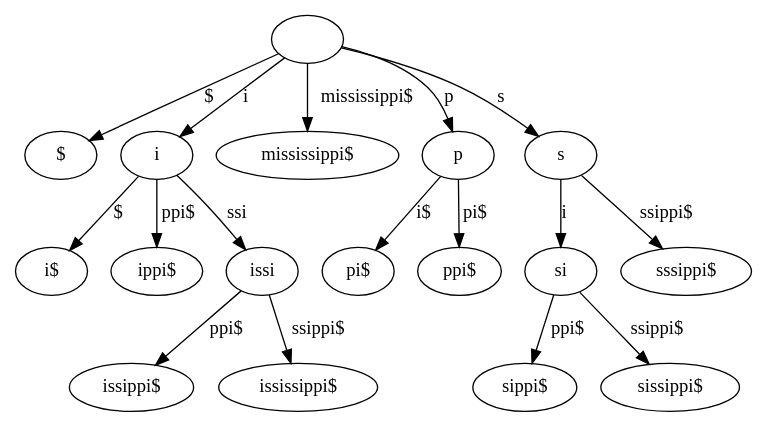
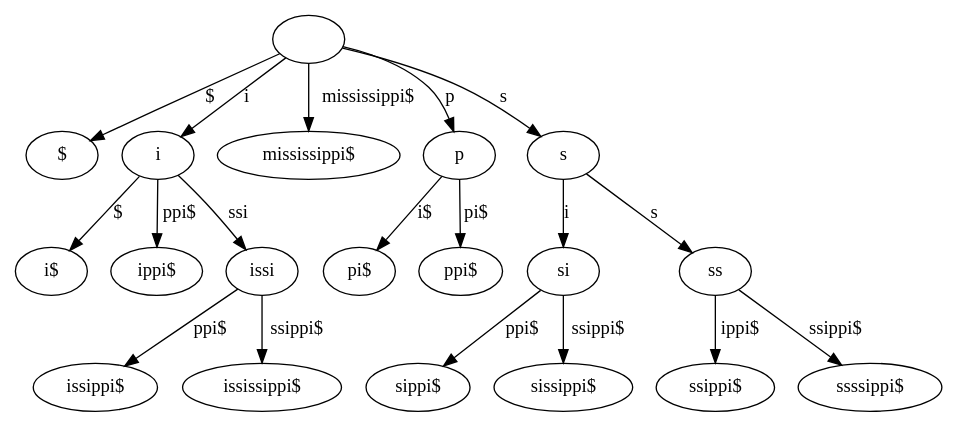
Before and after one commit to cmkobel/GSA: the diagram in 3_lcp_suffix_tree/test-output/iter/11 ssissippi$.gv, drawn with Graphviz. The commit also changed 15 other files, not shown here.

```diff
--- a/3_lcp_suffix_tree/test-output/iter/11 ssissippi$.gv
+++ b/3_lcp_suffix_tree/test-output/iter/11 ssissippi$.gv
@@ -1,36 +1,40 @@
 // Suffix tree
 digraph {
 	"|" [label=""]
 	"$|$" [label="$"]
 	"|" -> "$|$" [label="$"]
 	"i|i" [label=i]
 	"$|i$" [label="i$"]
 	"i|i" -> "$|i$" [label="$"]
 	"ppi$|ippi$" [label="ippi$"]
 	"i|i" -> "ppi$|ippi$" [label="ppi$"]
 	"ssi|issi" [label=issi]
 	"ppi$|issippi$" [label="issippi$"]
 	"ssi|issi" -> "ppi$|issippi$" [label="ppi$"]
 	"ssippi$|ississippi$" [label="ississippi$"]
 	"ssi|issi" -> "ssippi$|ississippi$" [label="ssippi$"]
 	"i|i" -> "ssi|issi" [label=ssi]
 	"|" -> "i|i" [label=i]
 	"mississippi$|mississippi$" [label="mississippi$"]
 	"|" -> "mississippi$|mississippi$" [label="mississippi$"]
 	"p|p" [label=p]
 	"i$|pi$" [label="pi$"]
 	"p|p" -> "i$|pi$" [label="i$"]
 	"pi$|ppi$" [label="ppi$"]
 	"p|p" -> "pi$|ppi$" [label="pi$"]
 	"|" -> "p|p" [label=p]
 	"s|s" [label=s]
 	"i|si" [label=si]
 	"ppi$|sippi$" [label="sippi$"]
 	"i|si" -> "ppi$|sippi$" [label="ppi$"]
 	"ssippi$|sissippi$" [label="sissippi$"]
 	"i|si" -> "ssippi$|sissippi$" [label="ssippi$"]
 	"s|s" -> "i|si" [label=i]
-	"ssippi$|sssippi$" [label="sssippi$"]
-	"s|s" -> "ssippi$|sssippi$" [label="ssippi$"]
+	"s|ss" [label=ss]
+	"ippi$|ssippi$" [label="ssippi$"]
+	"s|ss" -> "ippi$|ssippi$" [label="ippi$"]
+	"ssippi$|ssssippi$" [label="ssssippi$"]
+	"s|ss" -> "ssippi$|ssssippi$" [label="ssippi$"]
+	"s|s" -> "s|ss" [label=s]
 	"|" -> "s|s" [label=s]
 }
```
